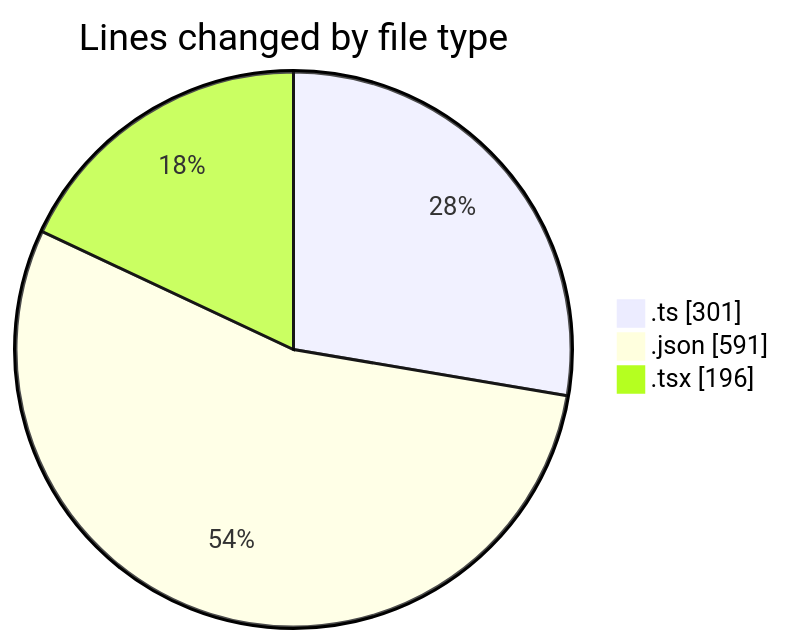
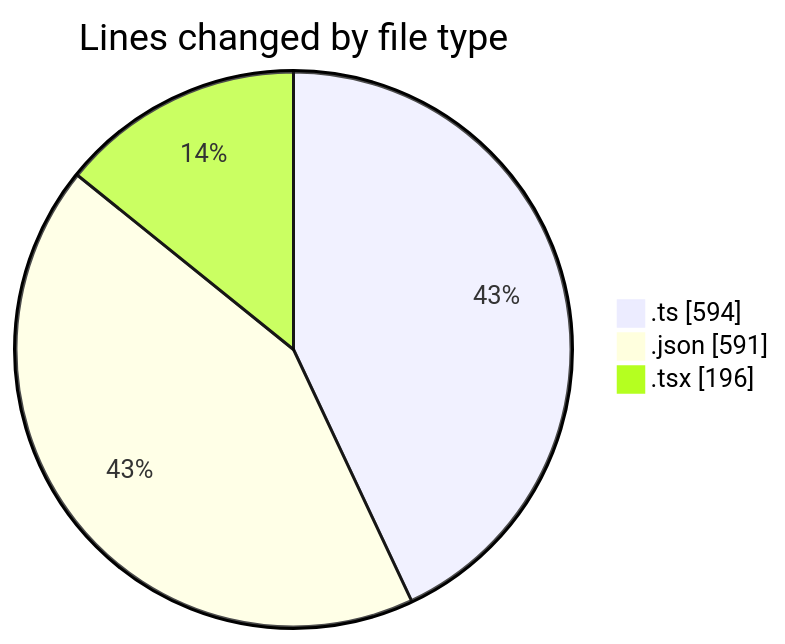
The first of 2 diagrams in 2025-07-12/ribbon/README.md (EIIisD/code-tracking), drawn with Mermaid before and after one commit. The commit also changed other lines of this file and 1 other file, not shown here.

````diff
--- a/2025-07-12/ribbon/README.md
+++ b/2025-07-12/ribbon/README.md
@@ -28,7 +29,7 @@
 ```mermaid
 pie showData
 title Lines changed by file type
-".ts" : 301
+".ts" : 594
 ".json" : 591
 ".tsx" : 196
 ```
````
